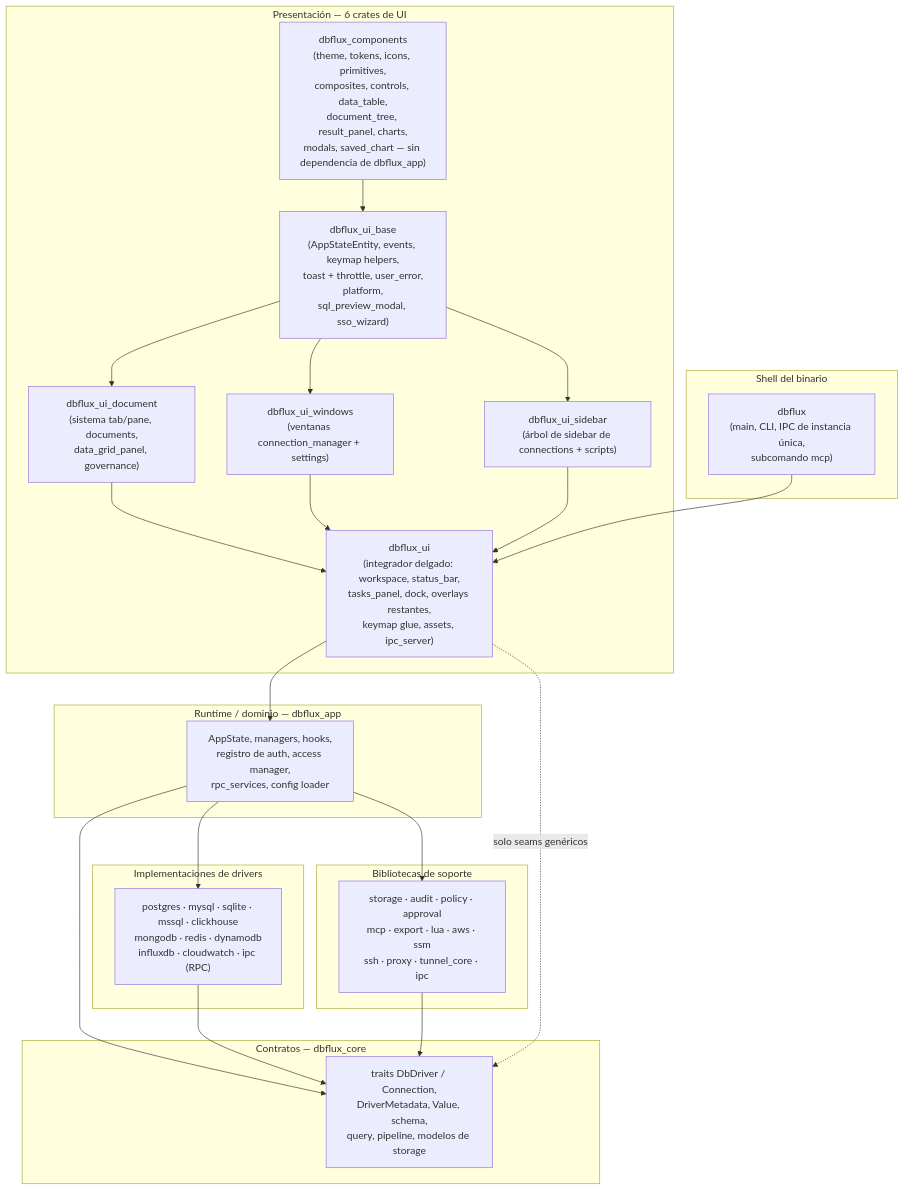
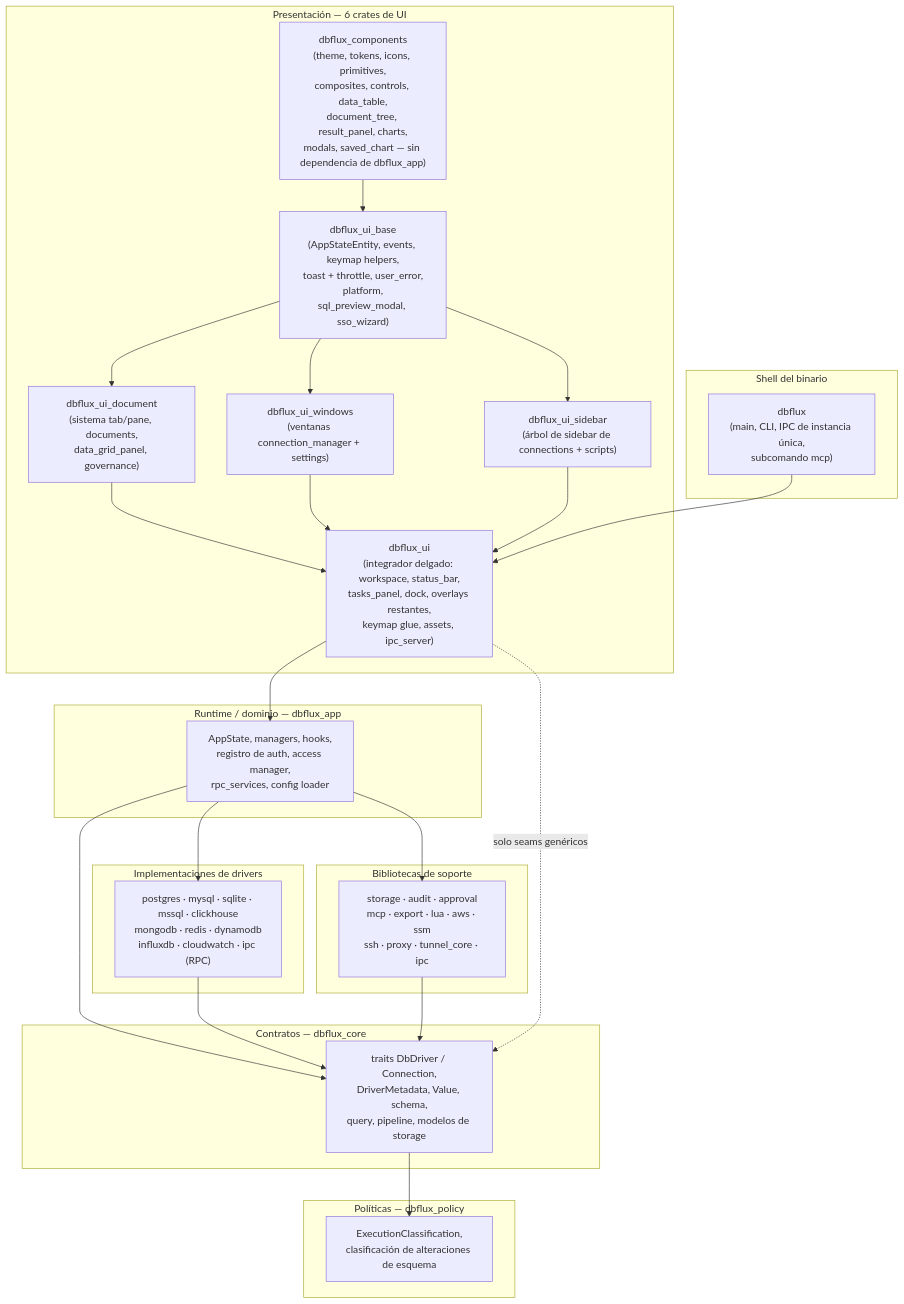
The first of 3 diagrams in docs/es/ARCHITECTURE.md (0xErwin1/dbflux), drawn with Mermaid before and after one commit. The commit also changed other lines of this file and 4 other files, not shown here.

First line of the commit message:
docs: correct stale architecture facts in AGENTS.md and ARCHITECTURE.md (#1054)

````diff
--- a/docs/es/ARCHITECTURE.md
+++ b/docs/es/ARCHITECTURE.md
@@ -36,39 +38,44 @@
 ```mermaid
 flowchart TB
     subgraph Shell["Shell del binario"]
         bin["dbflux<br/>(main, CLI, IPC de instancia única,<br/>subcomando mcp)"]
     end
 
     subgraph UI["Presentación — 6 crates de UI"]
         uicomp["dbflux_components<br/>(theme, tokens, icons, primitives,<br/>composites, controls, data_table,<br/>document_tree, result_panel, charts,<br/>modals, saved_chart — sin dependencia de dbflux_app)"]
         uibase["dbflux_ui_base<br/>(AppStateEntity, events, keymap helpers,<br/>toast + throttle, user_error,<br/>platform,<br/>sql_preview_modal, sso_wizard)"]
         uidoc["dbflux_ui_document<br/>(sistema tab/pane, documents,<br/>data_grid_panel, governance)"]
         uisidebar["dbflux_ui_sidebar<br/>(árbol de sidebar de connections + scripts)"]
         uiwindows["dbflux_ui_windows<br/>(ventanas connection_manager + settings)"]
         uithin["dbflux_ui<br/>(integrador delgado: workspace, status_bar,<br/>tasks_panel, dock, overlays restantes,<br/>keymap glue, assets, ipc_server)"]
         uicomp --> uibase --> uidoc & uiwindows & uisidebar --> uithin
     end
 
     subgraph Runtime["Runtime / dominio — dbflux_app"]
         app["AppState, managers, hooks,<br/>registro de auth, access manager,<br/>rpc_services, config loader"]
     end
 
     subgraph Core["Contratos — dbflux_core"]
         core["traits DbDriver / Connection,<br/>DriverMetadata, Value, schema,<br/>query, pipeline, modelos de storage"]
     end
 
     subgraph Drivers["Implementaciones de drivers"]
         drv["postgres · mysql · sqlite · mssql · clickhouse<br/>mongodb · redis · dynamodb<br/>influxdb · cloudwatch · ipc (RPC)"]
     end
 
     subgraph Support["Bibliotecas de soporte"]
-        sup["storage · audit · policy · approval<br/>mcp · export · lua · aws · ssm<br/>ssh · proxy · tunnel_core · ipc"]
+        sup["storage · audit · approval<br/>mcp · export · lua · aws · ssm<br/>ssh · proxy · tunnel_core · ipc"]
+    end
+
+    subgraph Policy["Políticas — dbflux_policy"]
+        policy["ExecutionClassification,<br/>clasificación de alteraciones de esquema"]
     end
 
     bin --> uithin --> app --> core
     drv --> core
     sup --> core
+    core --> policy
     app --> drv
     app --> sup
     uithin -. "solo seams genéricos" .-> core
 ```
````
